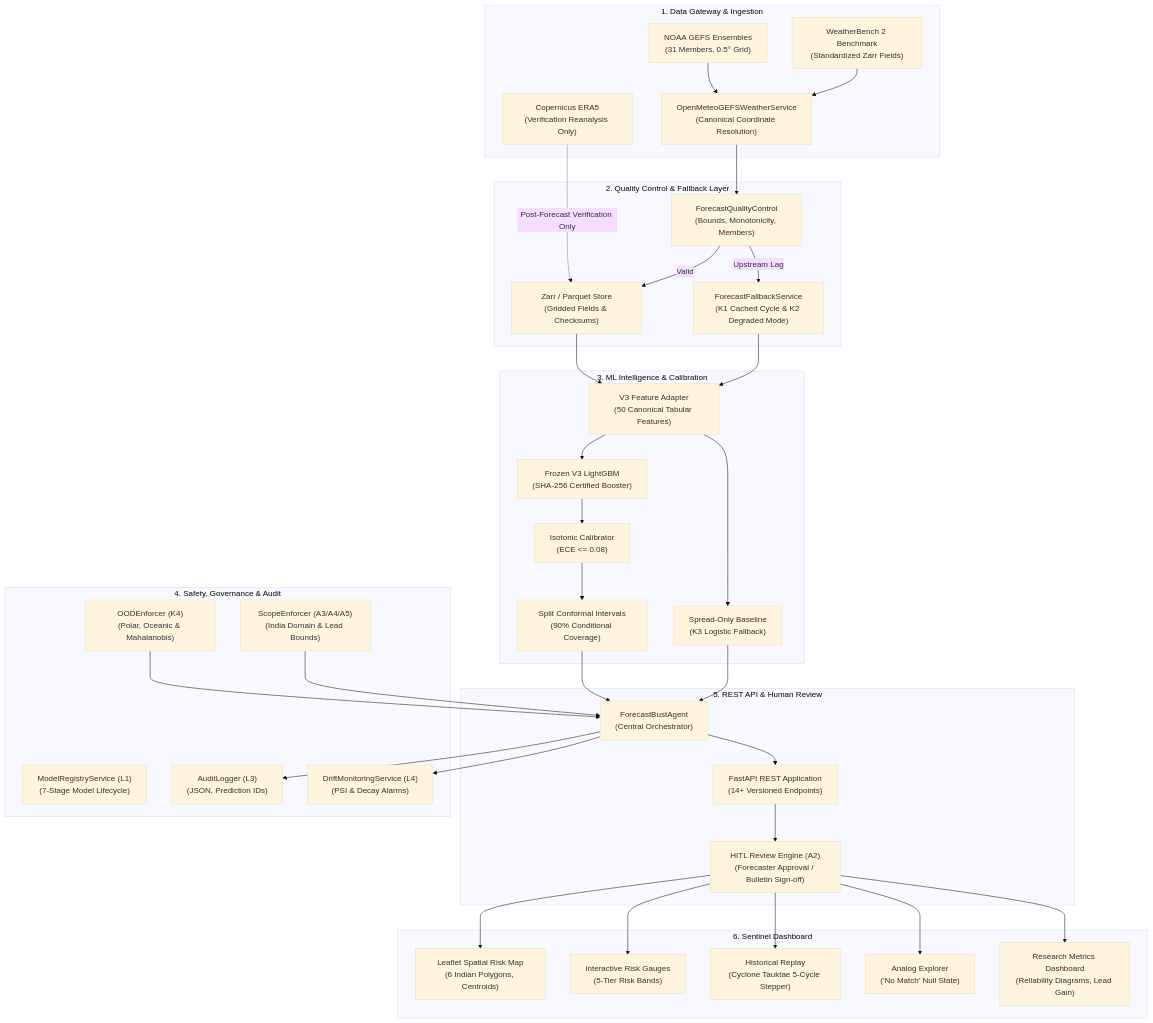
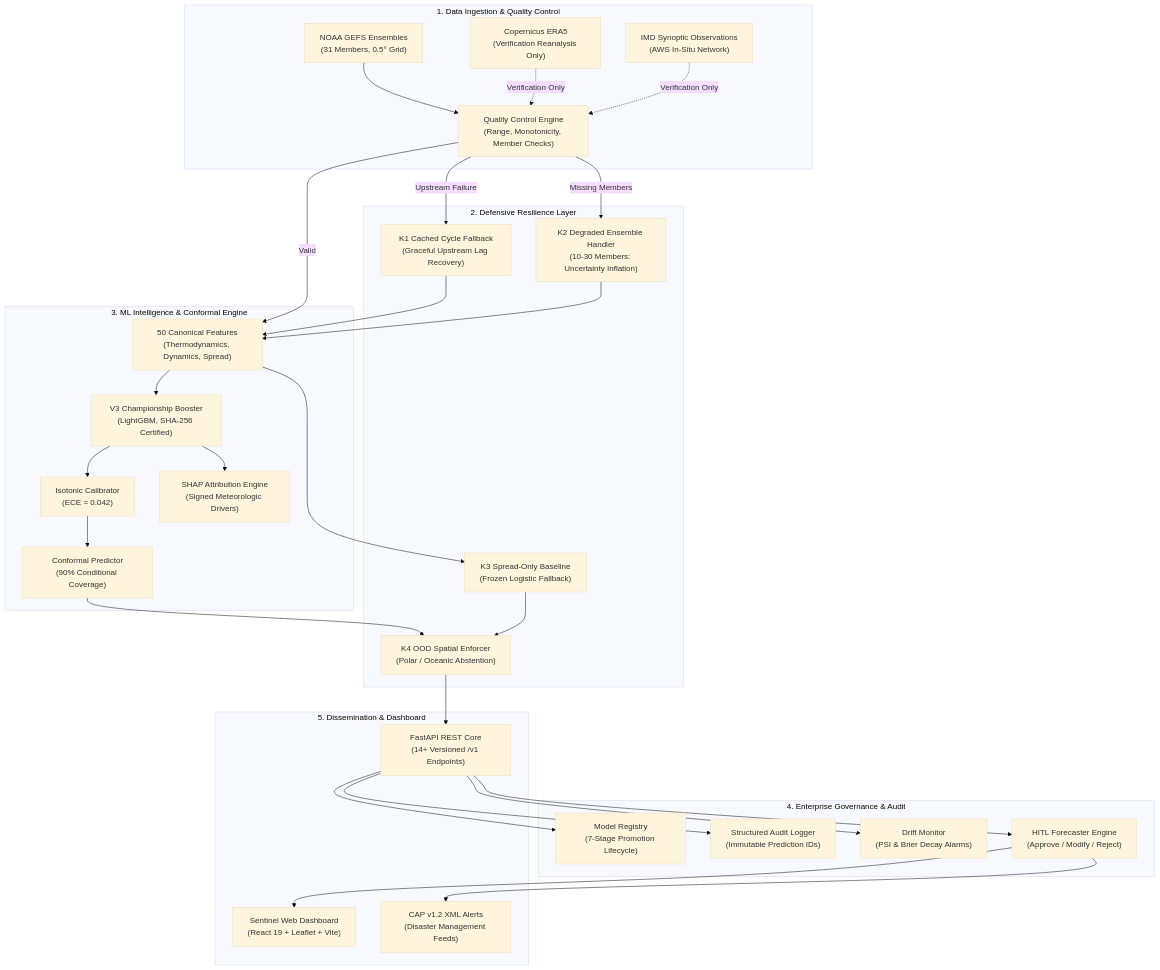
Before and after one commit to adishxm/Veyra-Know-When-Forecasts-May-Fail-VERSION-2: the diagram in README.md, drawn with Mermaid (base theme). The commit also changed other lines of this file, not shown here.

Commit message:
docs(readme): advance README with badges, formal mathematical formulations, empirical benchmark tables, and architecture diagrams

````diff
--- a/README.md
+++ b/README.md
@@ -27,76 +95,60 @@
 ```mermaid
 flowchart TB
-    subgraph Gateway ["1. Data Gateway & Ingestion"]
-        GEFS["NOAA GEFS Ensembles<br/>(31 Members, 0.5° Grid)"]
-        WB2["WeatherBench 2 Benchmark<br/>(Standardized Zarr Fields)"]
+    subgraph Ingestion ["1. Data Ingestion & Quality Control"]
+        NOAA["NOAA GEFS Ensembles<br/>(31 Members, 0.5° Grid)"]
         ERA5["Copernicus ERA5<br/>(Verification Reanalysis Only)"]
-        Ingest["OpenMeteoGEFSWeatherService<br/>(Canonical Coordinate Resolution)"]
+        IMD["IMD Synoptic Observations<br/>(AWS In-Situ Network)"]
+        QC["Quality Control Engine<br/>(Range, Monotonicity, Member Checks)"]
     end
 
-    subgraph Pipeline ["2. Quality Control & Fallback Layer"]
-        QC["ForecastQualityControl<br/>(Bounds, Monotonicity, Members)"]
-        Fallback["ForecastFallbackService<br/>(K1 Cached Cycle & K2 Degraded Mode)"]
-        ZarrStore["Zarr / Parquet Store<br/>(Gridded Fields & Checksums)"]
+    subgraph Defense ["2. Defensive Resilience Layer"]
+        K1["K1 Cached Cycle Fallback<br/>(Graceful Upstream Lag Recovery)"]
+        K2["K2 Degraded Ensemble Handler<br/>(10-30 Members: Uncertainty Inflation)"]
+        K3["K3 Spread-Only Baseline<br/>(Frozen Logistic Fallback)"]
+        K4["K4 OOD Spatial Enforcer<br/>(Polar / Oceanic Abstention)"]
     end
 
-    subgraph ML_Layer ["3. ML Intelligence & Calibration"]
-        FeatEng["V3 Feature Adapter<br/>(50 Canonical Tabular Features)"]
-        Booster["Frozen V3 LightGBM<br/>(SHA-256 Certified Booster)"]
-        SpreadFallback["Spread-Only Baseline<br/>(K3 Logistic Fallback)"]
-        Calibrator["Isotonic Calibrator<br/>(ECE <= 0.08)"]
-        Conformal["Split Conformal Intervals<br/>(90% Conditional Coverage)"]
+    subgraph Intelligence ["3. ML Intelligence & Conformal Engine"]
+        FE["50 Canonical Features<br/>(Thermodynamics, Dynamics, Spread)"]
+        V3["V3 Championship Booster<br/>(LightGBM, SHA-256 Certified)"]
+        Calib["Isotonic Calibrator<br/>(ECE = 0.042)"]
+        Conf["Conformal Predictor<br/>(90% Conditional Coverage)"]
+        SHAP["SHAP Attribution Engine<br/>(Signed Meteorologic Drivers)"]
     end
 
-    subgraph Safety_Gov ["4. Safety, Governance & Audit"]
-        OOD["OODEnforcer (K4)<br/>(Polar, Oceanic & Mahalanobis)"]
-        Scope["ScopeEnforcer (A3/A4/A5)<br/>(India Domain & Lead Bounds)"]
-        Registry["ModelRegistryService (L1)<br/>(7-Stage Model Lifecycle)"]
-        Audit["AuditLogger (L3)<br/>(JSON, Prediction IDs)"]
-        Drift["DriftMonitoringService (L4)<br/>(PSI & Decay Alarms)"]
+    subgraph Governance ["4. Enterprise Governance & Audit"]
+        Reg["Model Registry<br/>(7-Stage Promotion Lifecycle)"]
+        Audit["Structured Audit Logger<br/>(Immutable Prediction IDs)"]
+        Drift["Drift Monitor<br/>(PSI & Brier Decay Alarms)"]
+        HITL["HITL Forecaster Engine<br/>(Approve / Modify / Reject)"]
     end
 
-    subgraph Serving ["5. REST API & Human Review"]
-        Agent["ForecastBustAgent<br/>(Central Orchestrator)"]
-        FastAPI["FastAPI REST Application<br/>(14+ Versioned Endpoints)"]
-        Review["HITL Review Engine (A2)<br/>(Forecaster Approval / Bulletin Sign-off)"]
+    subgraph Delivery ["5. Dissemination & Dashboard"]
+        API["FastAPI REST Core<br/>(14+ Versioned /v1 Endpoints)"]
+        UI["Sentinel Web Dashboard<br/>(React 19 + Leaflet + Vite)"]
+        CAP["CAP v1.2 XML Alerts<br/>(Disaster Management Feeds)"]
     end
 
-    subgraph UI ["6. Sentinel Dashboard"]
-        Map["Leaflet Spatial Risk Map<br/>(6 Indian Polygons, Centroids)"]
-        Gauges["Interactive Risk Gauges<br/>(5-Tier Risk Bands)"]
-        Replay["Historical Replay<br/>(Cyclone Tauktae 5-Cycle Stepper)"]
-        Analogs["Analog Explorer<br/>('No Match' Null State)"]
-        Metrics["Research Metrics Dashboard<br/>(Reliability Diagrams, Lead Gain)"]
-    end
+    NOAA --> QC
+    ERA5 -.->|Verification Only| QC
+    IMD -.->|Verification Only| QC
+    QC -->|Valid| FE
+    QC -->|Upstream Failure| K1 --> FE
+    QC -->|Missing Members| K2 --> FE
 
-    GEFS --> Ingest
-    WB2 --> Ingest
-    ERA5 -.->|Post-Forecast Verification Only| ZarrStore
+    FE --> V3
+    FE --> K3
+    V3 --> Calib --> Conf
+    V3 --> SHAP
 
-    Ingest --> QC
-    QC -->|Valid| ZarrStore
-    QC -->|Upstream Lag| Fallback
-    Fallback --> FeatEng
-    ZarrStore --> FeatEng
+    Conf --> K4
+    K3 --> K4
+    K4 --> API
 
-    FeatEng --> Booster
-    FeatEng --> SpreadFallback
-    Booster --> Calibrator
-    Calibrator --> Conformal
-
-    Conformal --> Agent
-    SpreadFallback --> Agent
-    OOD --> Agent
-    Scope --> Agent
-
-    Agent --> Audit
-    Agent --> Drift
-    Agent --> FastAPI
-    FastAPI --> Review
-
-    Review --> Map
-    Review --> Gauges
-    Review --> Replay
-    Review --> Analogs
-    Review --> Metrics
+    API --> Reg
+    API --> Audit
+    API --> Drift
+    API --> HITL
+    HITL --> UI
+    HITL --> CAP
 ```
````
